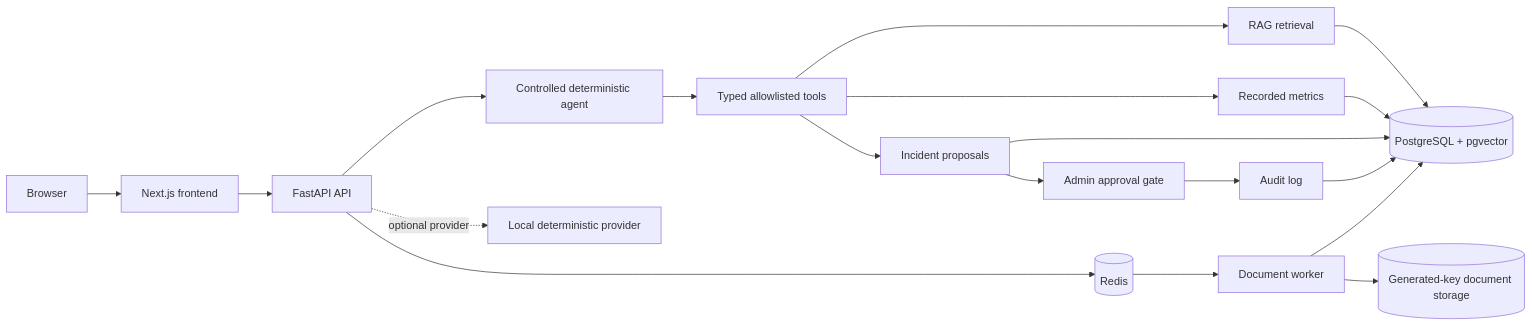
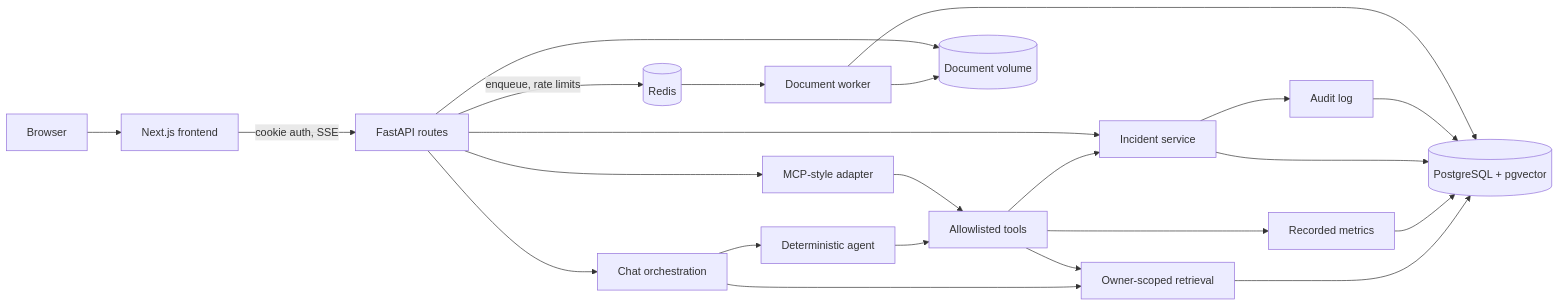
Before and after one commit to SantoshThkr/ops-ai: the diagram in docs/architecture.md, drawn with Mermaid. The commit also changed other lines of this file and 43 other files, not shown here.

First line of the commit message:
Add comprehensive tests for incident workflow, management, and retrieval features

````diff
--- a/docs/architecture.md
+++ b/docs/architecture.md
@@ -3,21 +3,25 @@
 ```mermaid
 flowchart LR
     Browser[Browser] --> Web[Next.js frontend]
-    Web --> API[FastAPI API]
-    API --> Agent[Controlled deterministic agent]
-    Agent --> Tools[Typed allowlisted tools]
-    Tools --> RAG[RAG retrieval]
+    Web -->|cookie auth, SSE| API[FastAPI routes]
+    API --> Chat[Chat orchestration]
+    Chat --> Agent[Deterministic agent]
+    Chat --> Retrieval[Owner-scoped retrieval]
+    Agent --> Tools[Allowlisted tools]
+    API --> MCP[MCP-style adapter]
+    MCP --> Tools
+    Tools --> Retrieval
     Tools --> Metrics[Recorded metrics]
-    Tools --> Incidents[Incident proposals]
-    Incidents --> Approval[Admin approval gate]
-    Approval --> Audit[Audit log]
-    RAG --> Postgres[(PostgreSQL + pgvector)]
+    Tools --> Incidents[Incident service]
+    API --> Incidents
+    Incidents --> Audit[Audit log]
+    Retrieval --> Postgres[(PostgreSQL + pgvector)]
     Metrics --> Postgres
     Incidents --> Postgres
     Audit --> Postgres
-    API --> Redis[(Redis)]
+    API -->|enqueue, rate limits| Redis[(Redis)]
     Redis --> Worker[Document worker]
+    Worker --> Storage[(Document volume)]
     Worker --> Postgres
-    Worker --> Storage[(Generated-key document storage)]
-    API -. optional provider .-> Local[Local deterministic provider]
+    API --> Storage
 ```
````
